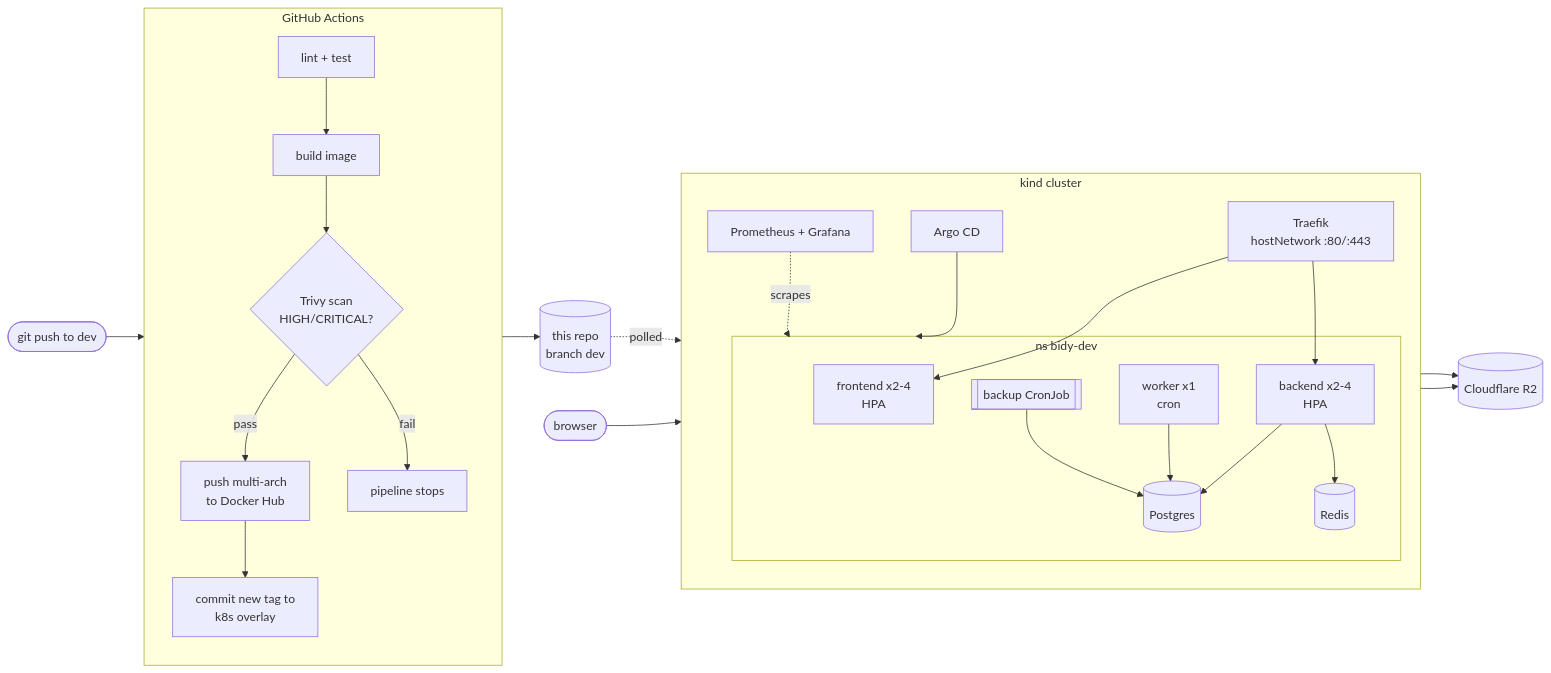
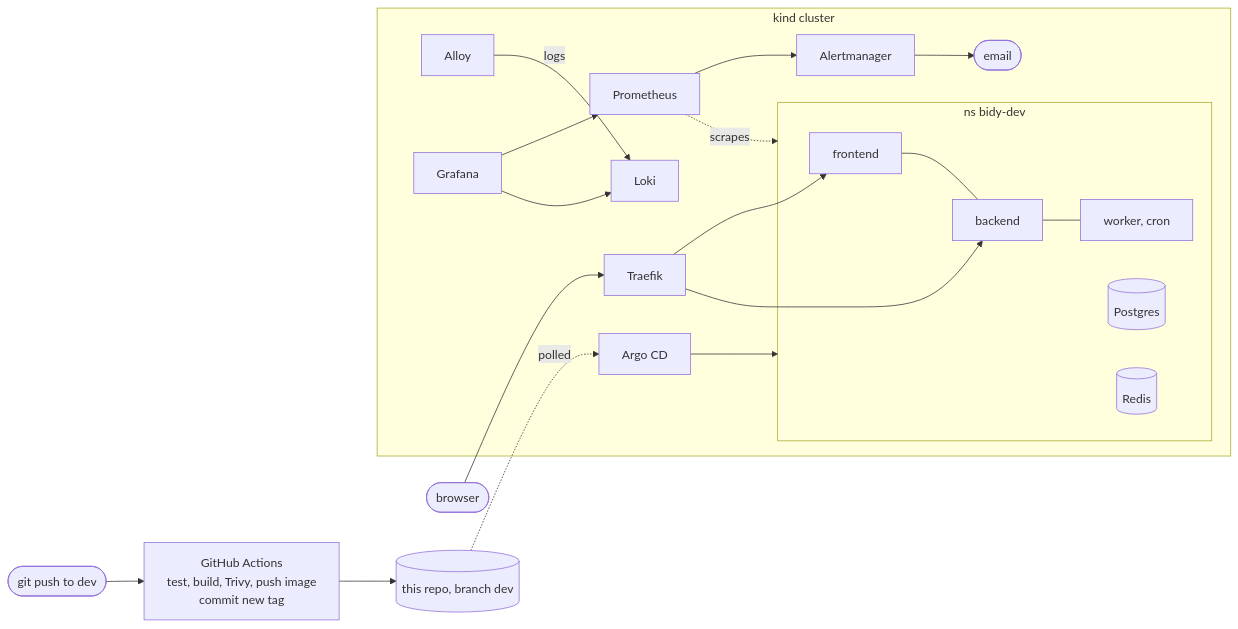
Before and after one commit to vuhoanglong04/bidy-k8s-argocd: the diagram in README.md, drawn with Mermaid. The commit also changed other lines of this file and 5 other files, not shown here.

Commit message:
feat(monitoring): email alerts via Gmail (Vault), BidyBackendDown rule, Bidy Overview dashboard; shorten README

````diff
--- a/README.md
+++ b/README.md
@@ -49,38 +19,23 @@
 ```mermaid
 flowchart LR
-  dev([git push to dev]) --> gha
-
-  subgraph gha[GitHub Actions]
-    direction TB
-    t[lint + test] --> b[build image] --> s{Trivy scan<br/>HIGH/CRITICAL?}
-    s -- pass --> p[push multi-arch<br/>to Docker Hub] --> bump[commit new tag to<br/>k8s overlay]
-    s -- fail --> x[pipeline stops]
-  end
-
-  bump --> repo[(this repo<br/>branch dev)]
+  dev([git push to dev]) --> gha[GitHub Actions<br/>test, build, Trivy, push image<br/>commit new tag]
+  gha --> repo[(this repo, branch dev)]
   repo -. polled .-> argo
 
   subgraph kind[kind cluster]
-    direction TB
     argo[Argo CD] --> apps
     subgraph apps[ns bidy-dev]
-      fe[frontend x2-4<br/>HPA]
-      be[backend x2-4<br/>HPA]
-      wk[worker x1<br/>cron]
+      fe[frontend] --- be[backend] --- wk[worker, cron]
       pg[(Postgres)]
       rd[(Redis)]
-      bk[[backup CronJob]]
     end
-    tr[Traefik<br/>hostNetwork :80/:443] --> fe
+    tr[Traefik] --> fe
     tr --> be
-    be --> pg
-    be --> rd
-    wk --> pg
-    bk --> pg
-    prom[Prometheus + Grafana] -. scrapes .-> apps
+    prom[Prometheus] -. scrapes .-> apps
+    alloy[Alloy] -- logs --> loki[Loki]
+    prom --> am[Alertmanager] --> mail([email])
+    graf[Grafana] --> prom
+    graf --> loki
   end
-
   user([browser]) --> tr
-  be --> r2[(Cloudflare R2)]
-  bk --> r2
 ```
````
